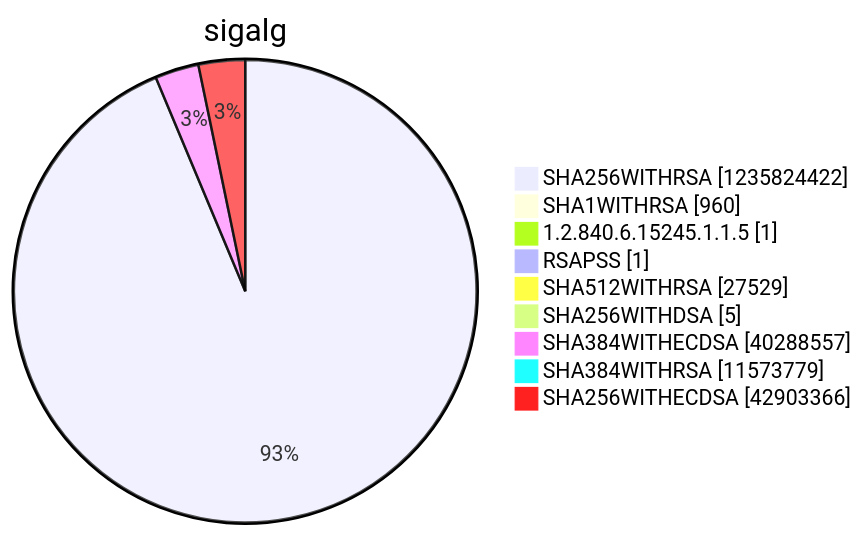
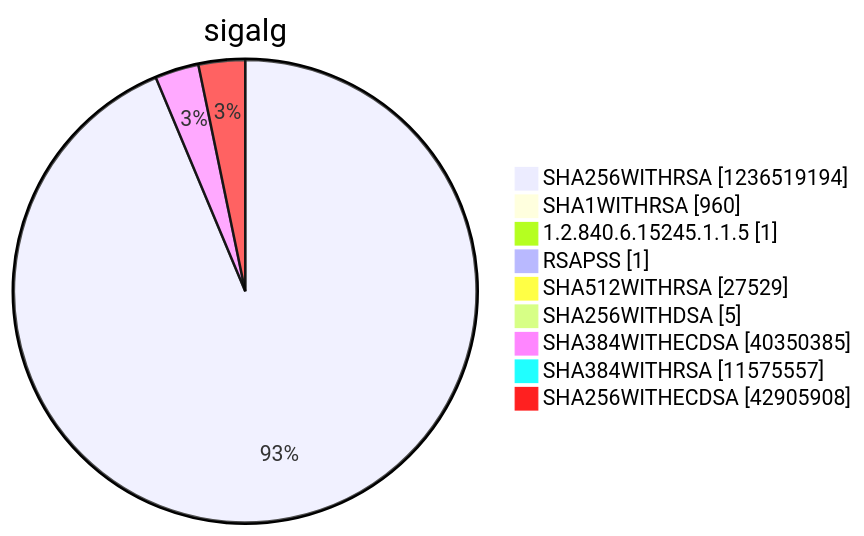
Before and after one commit to christiankrug/ctmonitor_visualization: diagram 15 of 15 in argon2022/README.md, drawn with Mermaid. The commit also changed other lines of this file, not shown here.

````diff
--- a/argon2022/README.md
+++ b/argon2022/README.md
@@ -5522,13 +5522,13 @@
 ```mermaid
 pie showData
 title sigalg
-"SHA256WITHRSA" :1235824422
+"SHA256WITHRSA" :1236519194
 "SHA1WITHRSA" :960
 "1.2.840.6.15245.1.1.5" :1
 "RSAPSS" :1
 "SHA512WITHRSA" :27529
 "SHA256WITHDSA" :5
-"SHA384WITHECDSA" :40288557
-"SHA384WITHRSA" :11573779
-"SHA256WITHECDSA" :42903366
+"SHA384WITHECDSA" :40350385
+"SHA384WITHRSA" :11575557
+"SHA256WITHECDSA" :42905908
 ```
````
